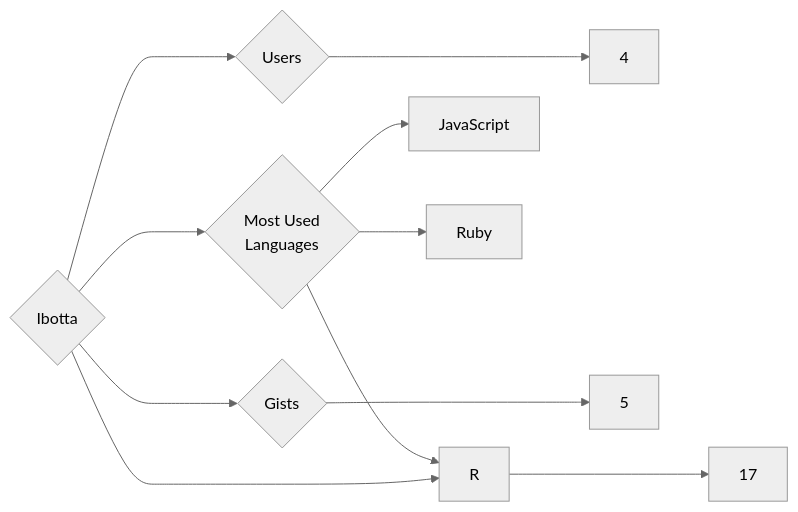
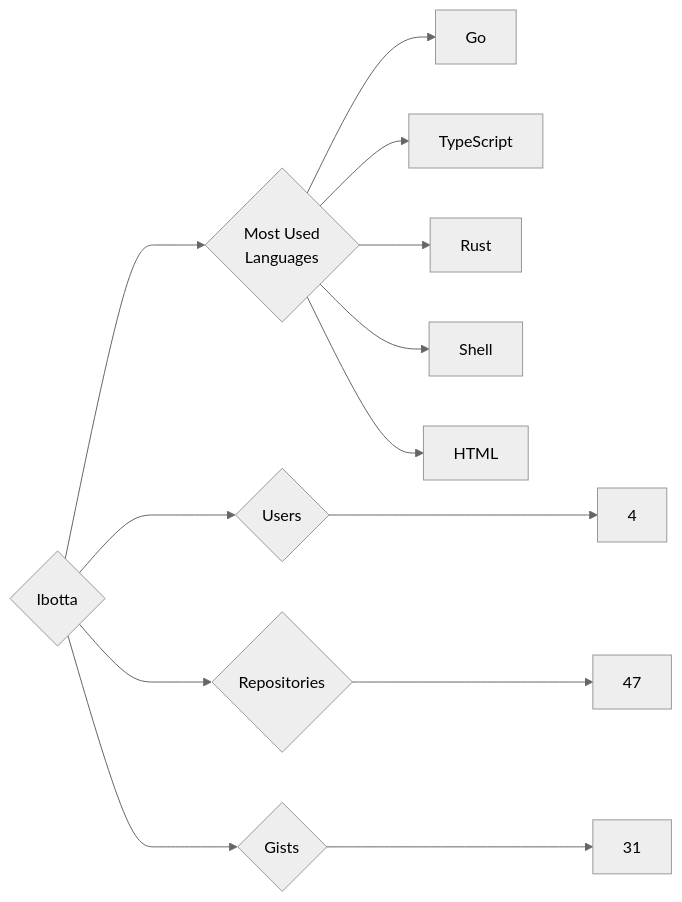
One commit to trickest/insiders changed the diagram in targets/Ibotta/README.md. Above: the diagram before and after it, drawn with Mermaid (neutral theme). The commit also changed 985 other files, not shown here.

````diff
--- a/targets/Ibotta/README.md
+++ b/targets/Ibotta/README.md
@@ -3,11 +3,13 @@
 ```mermaid
 graph LR
 COMPANY_NAME{Ibotta}
 COMPANY_NAME ---> U{Users} ---> UN[4]
-COMPANY_NAME ---> R{Repositories} ---> RN[17]
-COMPANY_NAME ---> G{Gists} ---> GN[5]
+COMPANY_NAME ---> R{Repositories} ---> RN[47]
+COMPANY_NAME ---> G{Gists} ---> GN[31]
 COMPANY_NAME ---> ML{Most Used<br>Languages}
-ML --> JavaScript[JavaScript]
-ML --> Ruby[Ruby]
-ML --> R[R]
+ML --> Go[Go]
+ML --> TypeScript[TypeScript]
+ML --> Rust[Rust]
+ML --> Shell[Shell]
+ML --> HTML[HTML]
 ```
````
